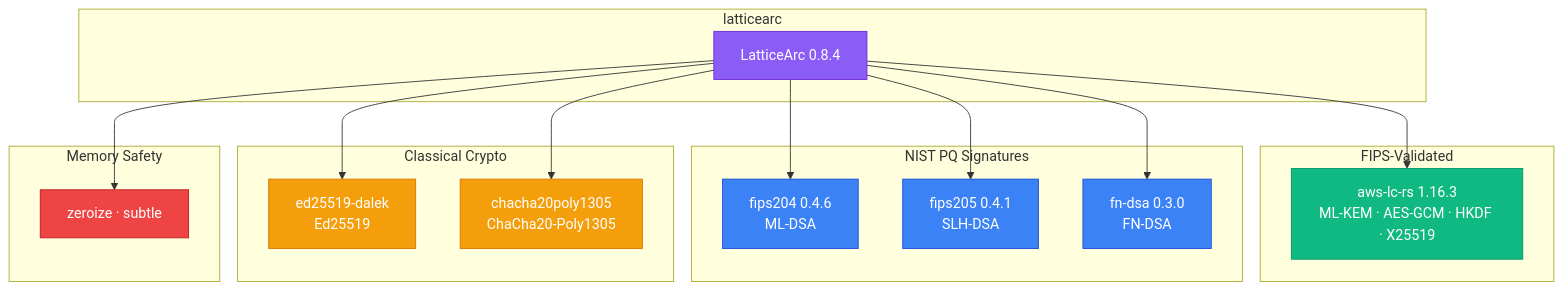
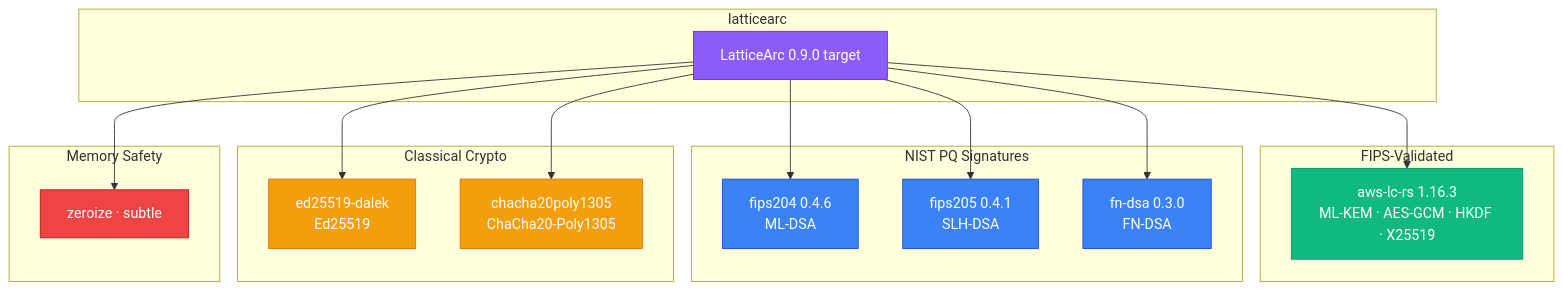
Before and after one commit to LatticeArc/latticearc: the diagram in docs/DEPENDENCY_JUSTIFICATION.md, drawn with Mermaid. The commit also changed other lines of this file and 75 other files, not shown here.

````diff
--- a/docs/DEPENDENCY_JUSTIFICATION.md
+++ b/docs/DEPENDENCY_JUSTIFICATION.md
@@ -12,45 +12,45 @@
 ```mermaid
 flowchart TB
     subgraph "latticearc"
-        LA[LatticeArc 0.8.4]
+        LA[LatticeArc 0.9.0 target]
     end
 
     subgraph "FIPS-Validated"
         AWSLC["aws-lc-rs 1.16.3\nML-KEM · AES-GCM · HKDF · X25519"]
     end
 
     subgraph "NIST PQ Signatures"
         F204["fips204 0.4.6\nML-DSA"]
         F205["fips205 0.4.1\nSLH-DSA"]
         FNDSA["fn-dsa 0.3.0\nFN-DSA"]
     end
 
     subgraph "Classical Crypto"
         DALEK["ed25519-dalek\nEd25519"]
         CHA["chacha20poly1305\nChaCha20-Poly1305"]
     end
 
     subgraph "Memory Safety"
         ZERO["zeroize · subtle"]
     end
 
     LA --> AWSLC
     LA --> F204
     LA --> F205
     LA --> FNDSA
     LA --> DALEK
     LA --> CHA
     LA --> ZERO
 
     classDef main fill:#8b5cf6,stroke:#6d28d9,color:#fff
     classDef fips fill:#10b981,stroke:#059669,color:#fff
     classDef nist fill:#3b82f6,stroke:#1d4ed8,color:#fff
     classDef cl fill:#f59e0b,stroke:#d97706,color:#fff
     classDef safety fill:#ef4444,stroke:#b91c1c,color:#fff
 
     class LA main
     class AWSLC fips
     class F204,F205,FNDSA nist
     class DALEK,CHA cl
     class ZERO safety
 ```
````
